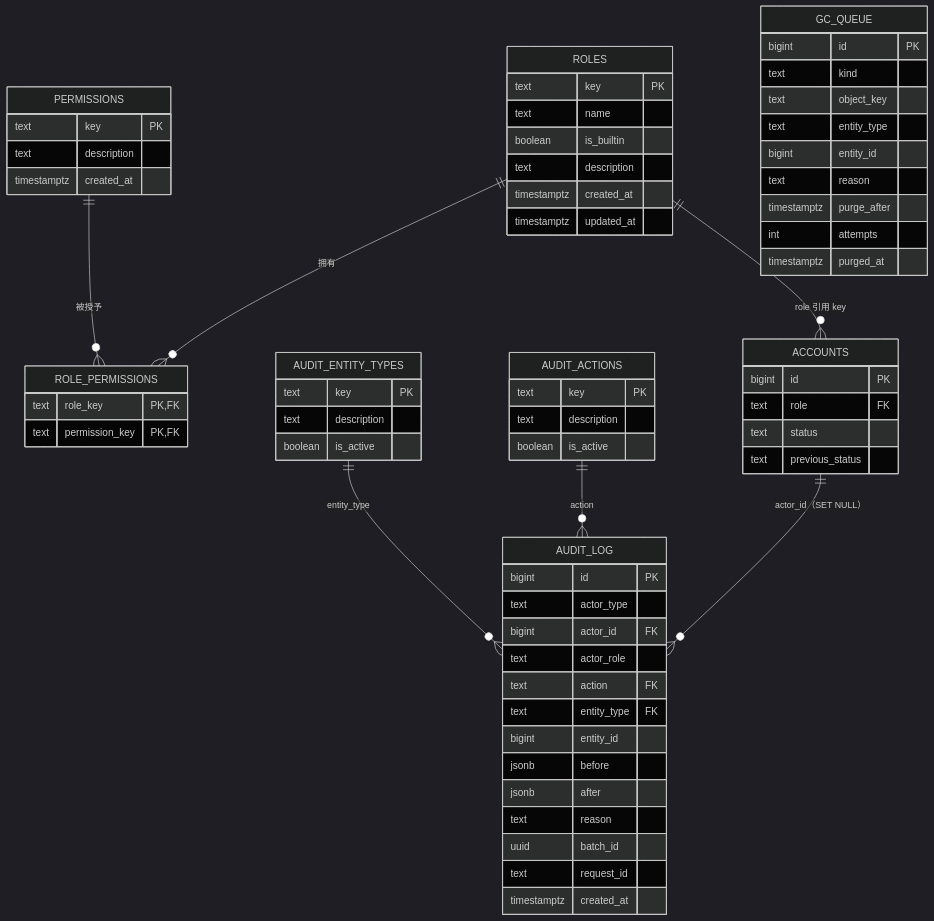
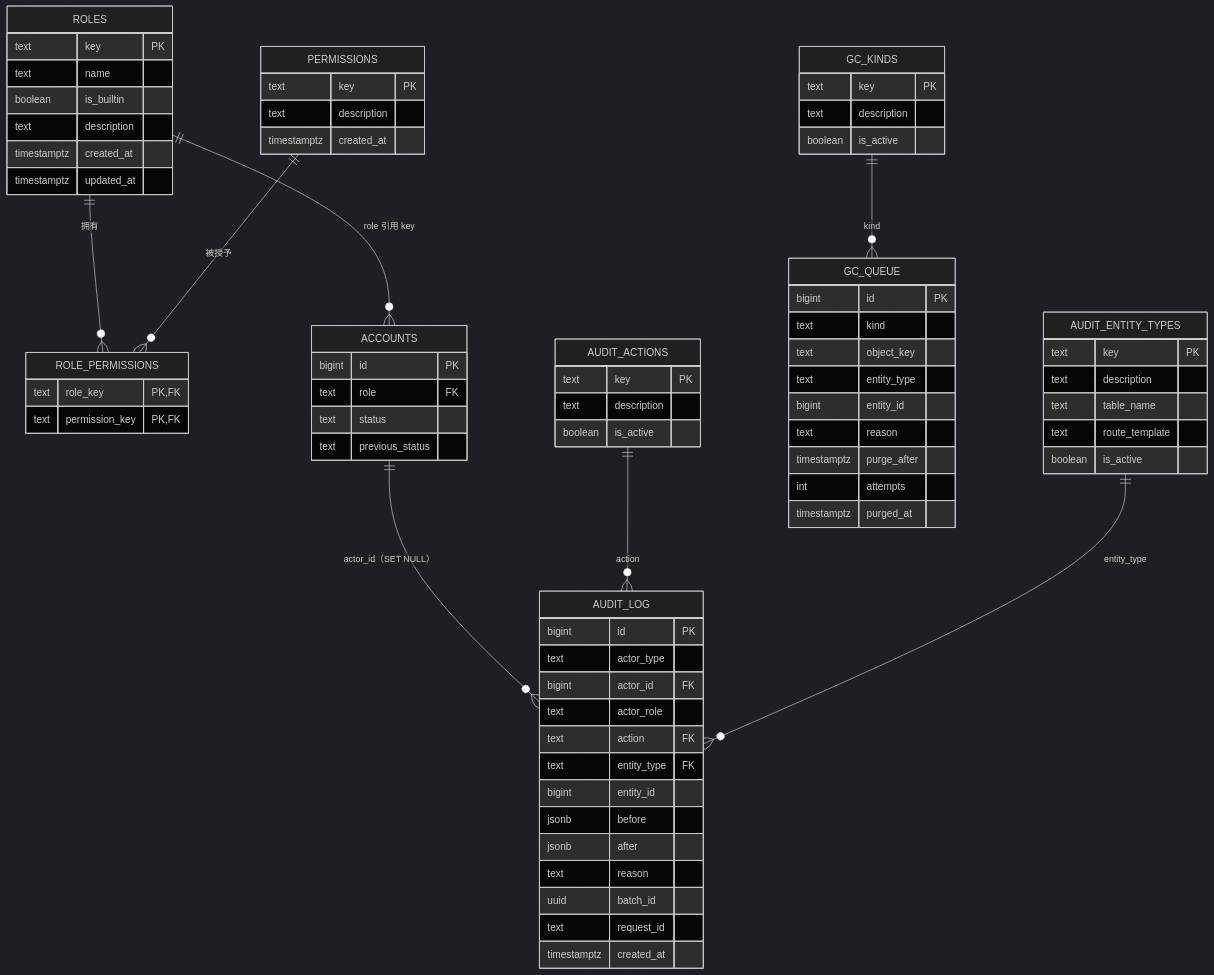
Before and after one commit to deepdemos/ds-demos-showcase: the third of 7 diagrams in docs/治理域设计.md, drawn with Mermaid (dark theme). The commit also changed other lines of this file and 1 other file, not shown here.

First line of the commit message:
docs: 治理域设计 v1.7——审计实体可回跳 + gc_kinds 目录表（§16 两处缺口闭合）

````diff
--- a/docs/治理域设计.md
+++ b/docs/治理域设计.md
@@ -495,69 +538,77 @@
 ```mermaid
 erDiagram
     ROLES {
         text key PK
         text name
         boolean is_builtin
         text description
         timestamptz created_at
         timestamptz updated_at
     }
     PERMISSIONS {
         text key PK
         text description
         timestamptz created_at
     }
     ROLE_PERMISSIONS {
         text role_key PK,FK
         text permission_key PK,FK
     }
     AUDIT_ACTIONS {
         text key PK
         text description
         boolean is_active
     }
     AUDIT_ENTITY_TYPES {
         text key PK
         text description
+        text table_name
+        text route_template
         boolean is_active
     }
     AUDIT_LOG {
         bigint id PK
         text actor_type
         bigint actor_id FK
         text actor_role
         text action FK
         text entity_type FK
         bigint entity_id
         jsonb before
         jsonb after
         text reason
         uuid batch_id
         text request_id
         timestamptz created_at
+    }
+    GC_KINDS {
+        text key PK
+        text description
+        boolean is_active
     }
     GC_QUEUE {
         bigint id PK
         text kind
         text object_key
         text entity_type
         bigint entity_id
         text reason
         timestamptz purge_after
         int attempts
         timestamptz purged_at
     }
     ACCOUNTS {
         bigint id PK
         text role FK
         text status
         text previous_status
     }
 
     ROLES ||--o{ ROLE_PERMISSIONS : "拥有"
     PERMISSIONS ||--o{ ROLE_PERMISSIONS : "被授予"
     ROLES ||--o{ ACCOUNTS : "role 引用 key"
     ACCOUNTS ||--o{ AUDIT_LOG : "actor_id（SET NULL）"
     AUDIT_ACTIONS ||--o{ AUDIT_LOG : "action"
     AUDIT_ENTITY_TYPES ||--o{ AUDIT_LOG : "entity_type"
+    GC_KINDS ||--o{ GC_QUEUE : "kind"
 ```
````
